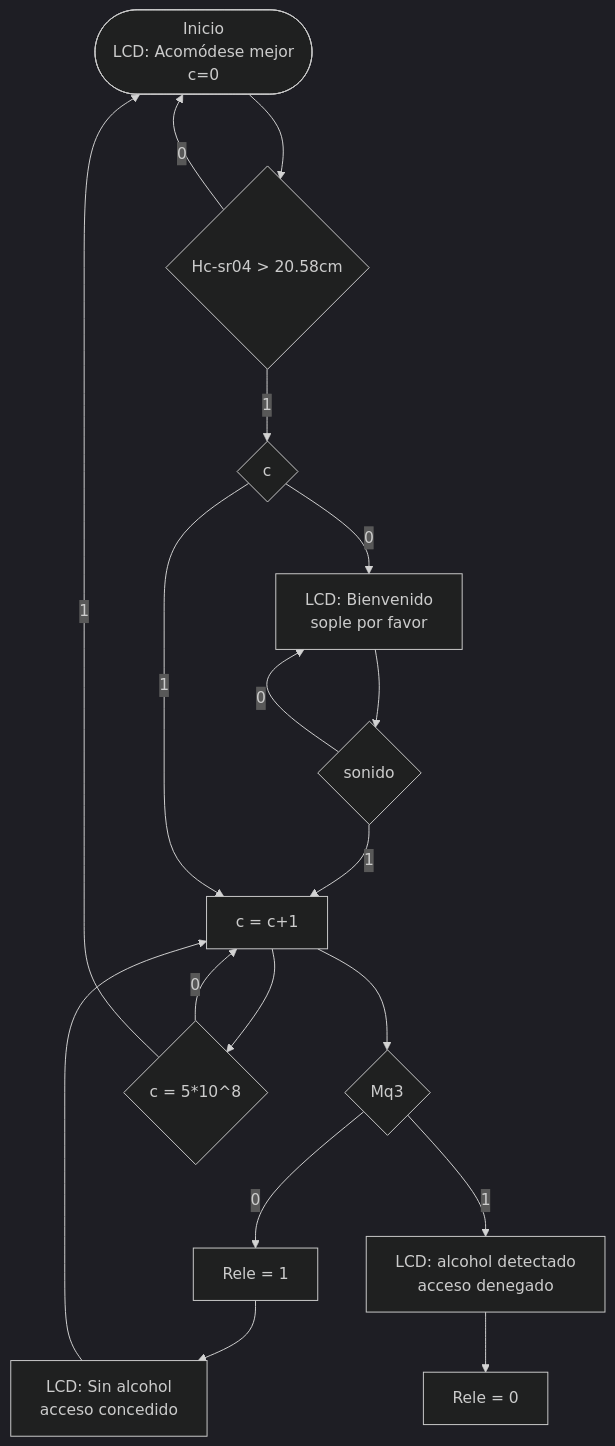
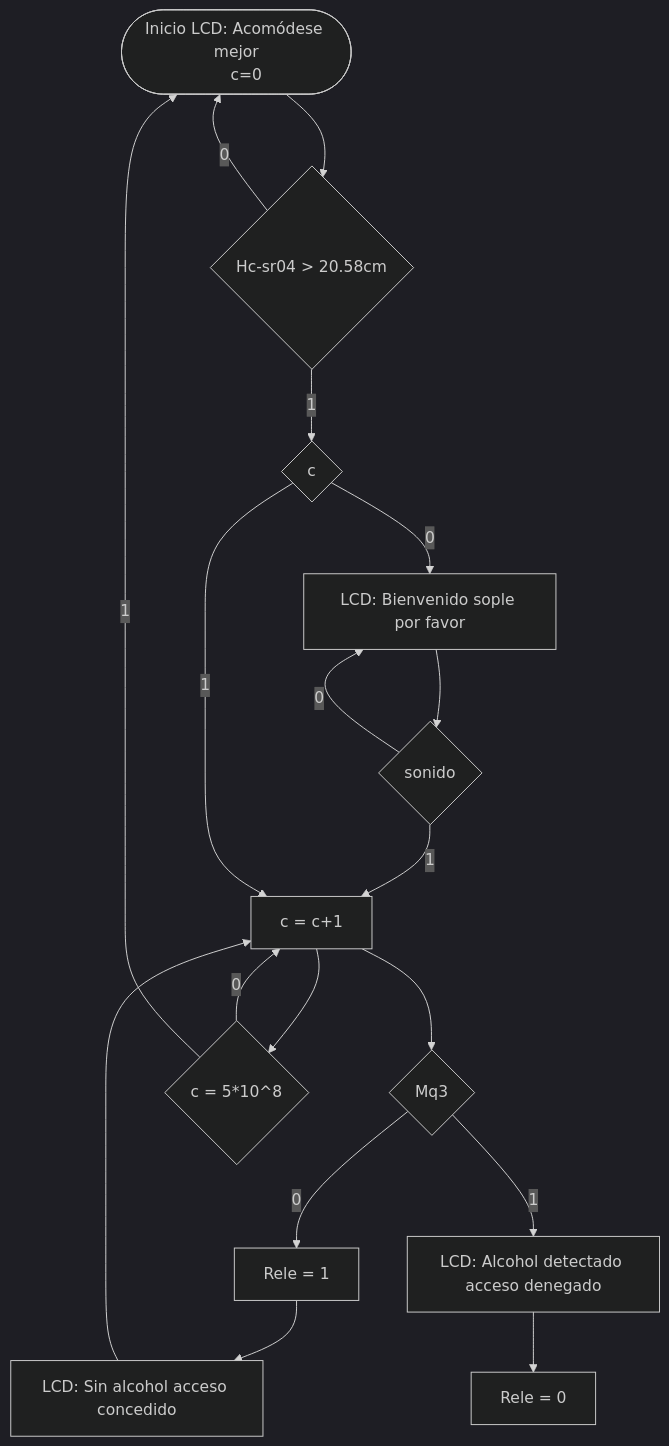
One commit to DavidN110/Laboratorio-Electronica-Digital-I-Grupo2 changed the diagram in Proyecto/Proyecto.md. Above: the diagram before and after it, drawn with Mermaid (dark theme).

````diff
--- a/Proyecto/Proyecto.md
+++ b/Proyecto/Proyecto.md
@@ -128,44 +128,45 @@
 ```mermaid
 flowchart TD
-    A([Inicio\nLCD: Acomódese mejor\nc=0])
+    A([Inicio LCD: Acomódese mejor
+    c=0])
     B{Hc-sr04 > 20.58cm}
     C{c}
-    D[LCD: Bienvenido\nsople por favor]
+    D[LCD: Bienvenido sople por favor]
     E{sonido}
     F[c = c+1]
     G{Mq3}
     H[Rele = 1]
-    I[LCD: Sin alcohol\nacceso concedido]
+    I[LCD: Sin alcohol acceso concedido]
     J[Rele = 0]
-    K[LCD: alcohol detectado\nacceso denegado]
+    K[LCD: Alcohol detectado acceso denegado]
     L{c = 5*10^8}
 
     %% Flujo principal
     A --> B
     B -- 0 --> A
     B -- 1 --> C
 
     %% Rama de c
     C -- 0 --> D
     D --> E
     E -- 0 --> D
     E -- 1 --> F
     F --> G
 
     %% Rama cuando c=1
     C -- 1 --> F
 
     %% Sensor MQ3
     G -- 0 --> H
     G -- 1 --> K
     K --> J
 
     %% Rele
     H --> I
     I --> F
 
     %% Condición de límite c
     F --> L
     L -- 0 --> F
     L -- 1 --> A
 ```
````
